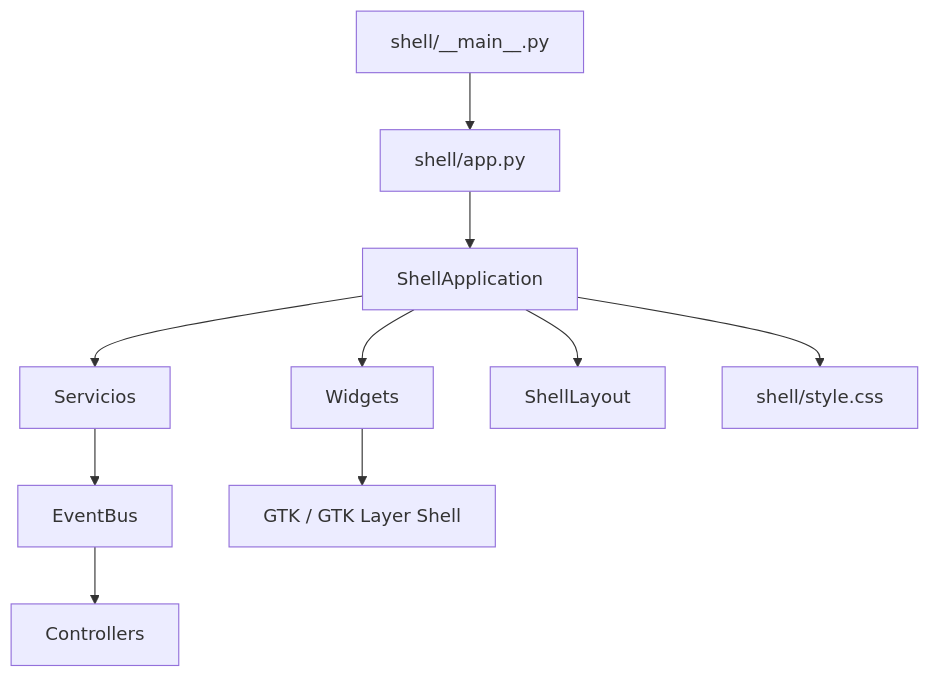
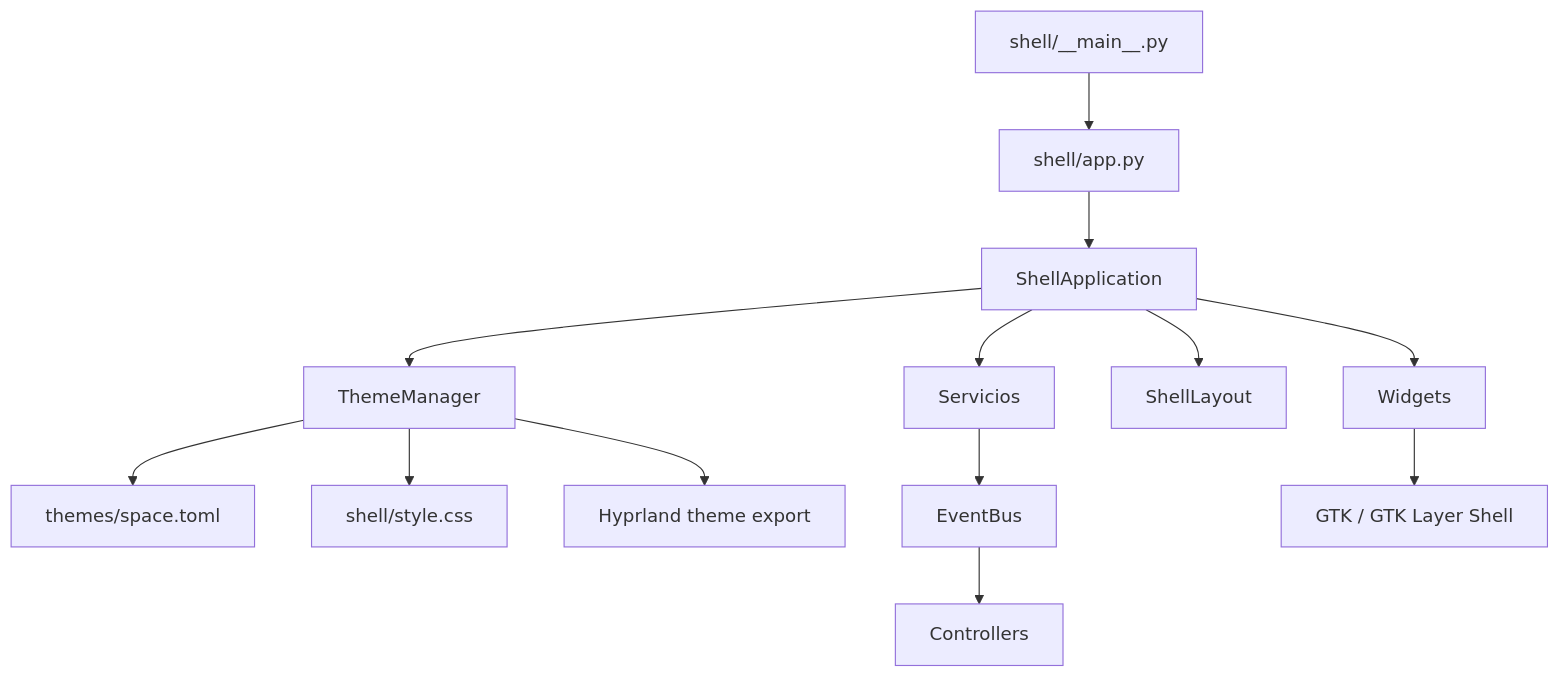
The diagram in docs/obsidian/01-Arquitectura.md (CarlosJGO/jugoo), drawn with Mermaid before and after one commit. The commit also changed other lines of this file and 19 other files, not shown here.

````diff
--- a/docs/obsidian/01-Arquitectura.md
+++ b/docs/obsidian/01-Arquitectura.md
@@ -5,12 +5,15 @@
 ```mermaid
 flowchart TD
     A[shell/__main__.py] --> B[shell/app.py]
     B --> C[ShellApplication]
     C --> D[Servicios]
     C --> E[Widgets]
     C --> F[ShellLayout]
-    C --> G[shell/style.css]
+    C --> G[ThemeManager]
+    G --> K[themes/space.toml]
+    G --> L[shell/style.css]
+    G --> M[Hyprland theme export]
     D --> H[EventBus]
     H --> I[Controllers]
     E --> J[GTK / GTK Layer Shell]
 ```
````
